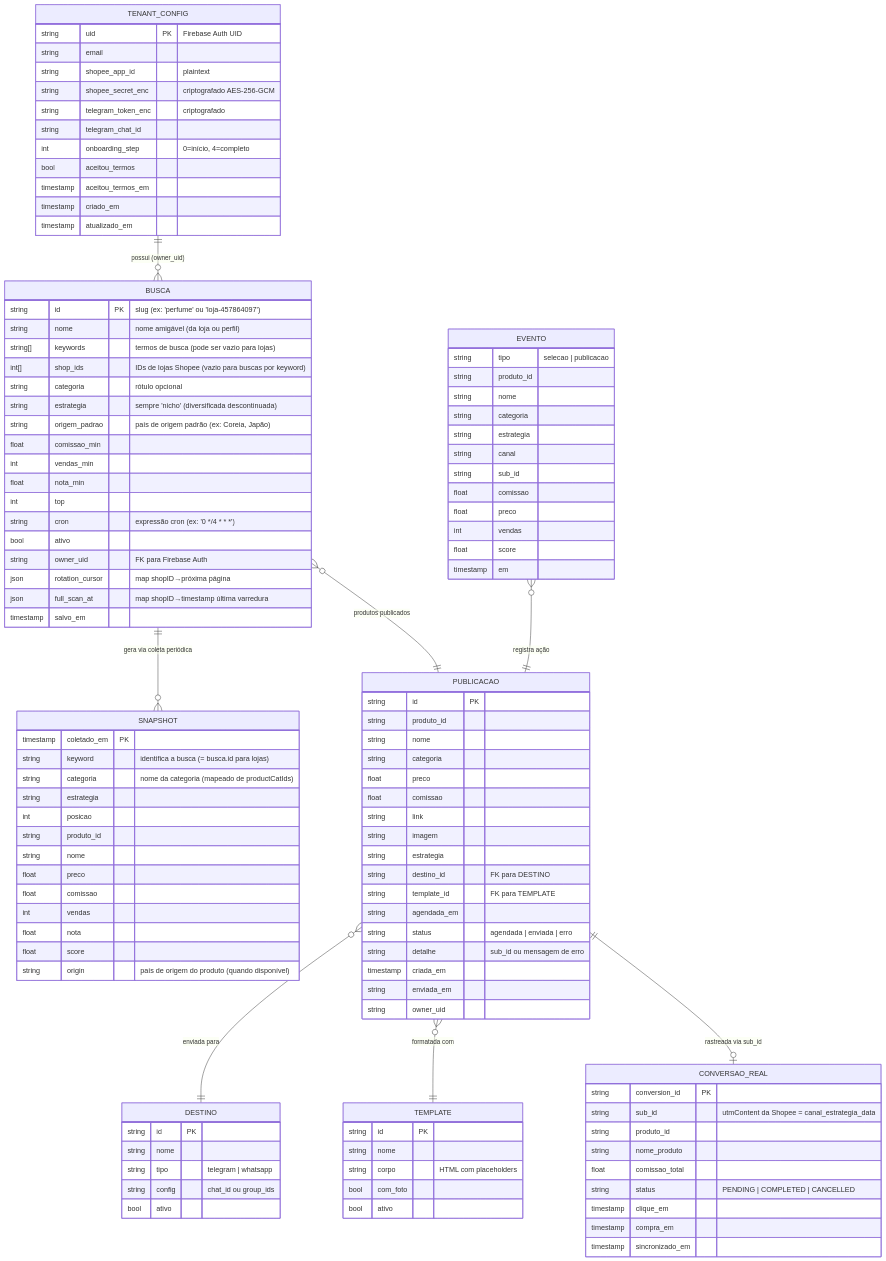
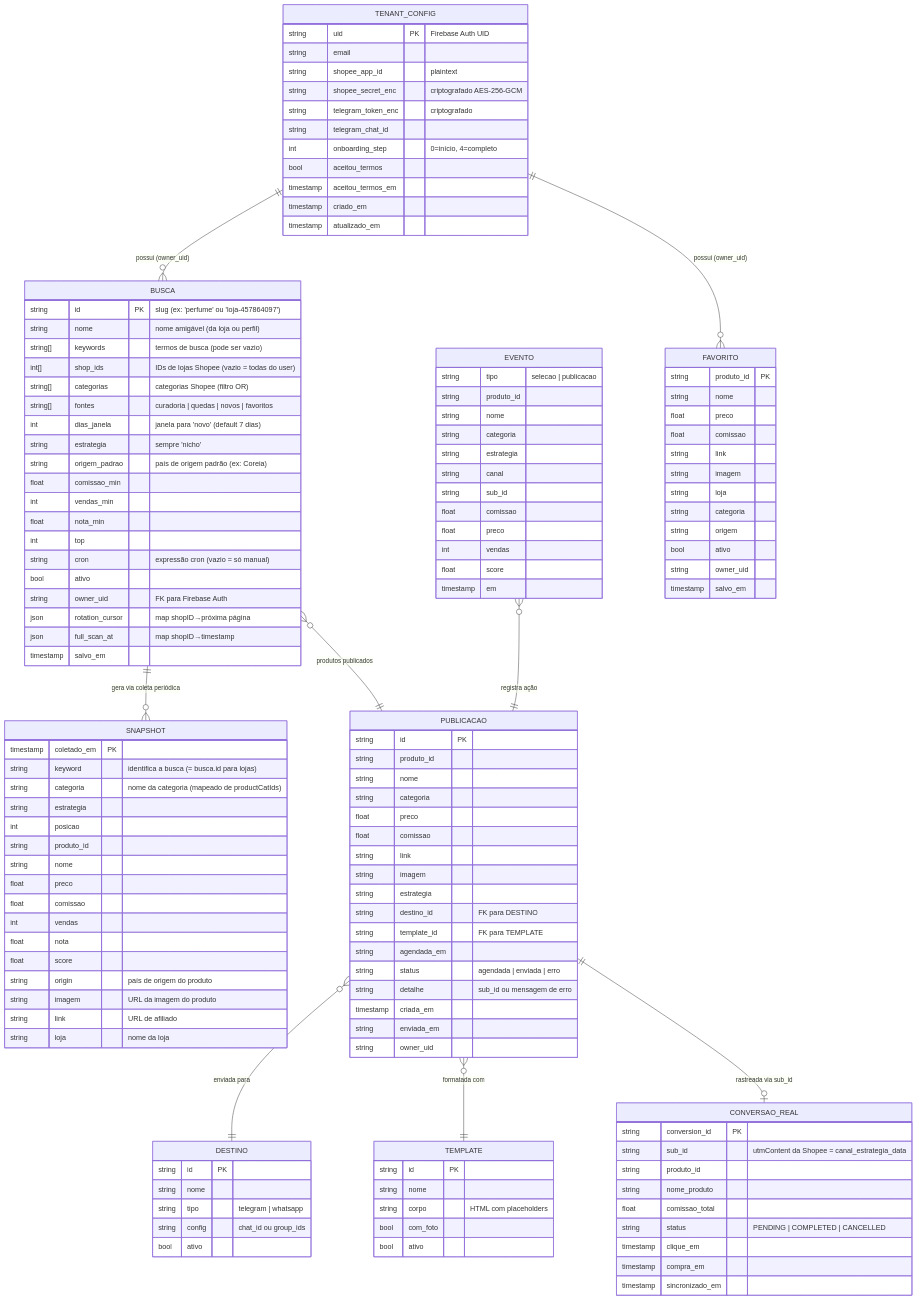
Before and after one commit to fmarquesfilho/garimpo: the diagram in docs/ENTIDADES.md, drawn with Mermaid. The commit also changed other lines of this file and 1 other file, not shown here.

Commit message:
docs: resolve inconsistencies I6, I7, I9, I10 — update ENTIDADES + MANUAL
ENTIDADES.md:
- BUSCA: replaced 'categoria' (string) with 'categorias[]', added 'fontes[]', 'dias_janela'
- SNAPSHOT: added 'imagem', 'link', 'loja' fields
- Added FAVORITO entity (append-only with tombstone)
- Updated business rules table with new fields and validations

MANUAL.md:
- I9: alertas de novos marcado como 'desabilitado por ora'
- I10: dias_janela agora descrito como 'configurável (padrão 7)'

```diff
--- a/docs/ENTIDADES.md
+++ b/docs/ENTIDADES.md
@@ -9,20 +9,22 @@
     BUSCA {
         string id PK "slug (ex: 'perfume' ou 'loja-457864097')"
         string nome "nome amigável (da loja ou perfil)"
-        string[] keywords "termos de busca (pode ser vazio para lojas)"
-        int[] shop_ids "IDs de lojas Shopee (vazio para buscas por keyword)"
-        string categoria "rótulo opcional"
-        string estrategia "sempre 'nicho' (diversificada descontinuada)"
-        string origem_padrao "país de origem padrão (ex: Coreia, Japão)"
+        string[] keywords "termos de busca (pode ser vazio)"
+        int[] shop_ids "IDs de lojas Shopee (vazio = todas do user)"
+        string[] categorias "categorias Shopee (filtro OR)"
+        string[] fontes "curadoria | quedas | novos | favoritos"
+        int dias_janela "janela para 'novo' (default 7 dias)"
+        string estrategia "sempre 'nicho'"
+        string origem_padrao "país de origem padrão (ex: Coreia)"
         float comissao_min
         int vendas_min
         float nota_min
         int top
-        string cron "expressão cron (ex: '0 */4 * * *')"
+        string cron "expressão cron (vazio = só manual)"
         bool ativo
         string owner_uid "FK para Firebase Auth"
         json rotation_cursor "map shopID→próxima página"
-        json full_scan_at "map shopID→timestamp última varredura"
+        json full_scan_at "map shopID→timestamp"
         timestamp salvo_em
     }
 
@@ -39,7 +41,10 @@
         int vendas
         float nota
         float score
-        string origin "país de origem do produto (quando disponível)"
+        string origin "país de origem do produto"
+        string imagem "URL da imagem do produto"
+        string link "URL de afiliado"
+        string loja "nome da loja"
     }
 
     PUBLICACAO {
@@ -112,6 +117,22 @@
     PUBLICACAO ||--o| CONVERSAO_REAL : "rastreada via sub_id"
     EVENTO }o--|| PUBLICACAO : "registra ação"
     TENANT_CONFIG ||--o{ BUSCA : "possui (owner_uid)"
+    TENANT_CONFIG ||--o{ FAVORITO : "possui (owner_uid)"
+
+    FAVORITO {
+        string produto_id PK
+        string nome
+        float preco
+        float comissao
+        string link
+        string imagem
+        string loja
+        string categoria
+        string origem
+        bool ativo
+        string owner_uid
+        timestamp salvo_em
+    }
 
     TENANT_CONFIG {
         string uid PK "Firebase Auth UID"
```
